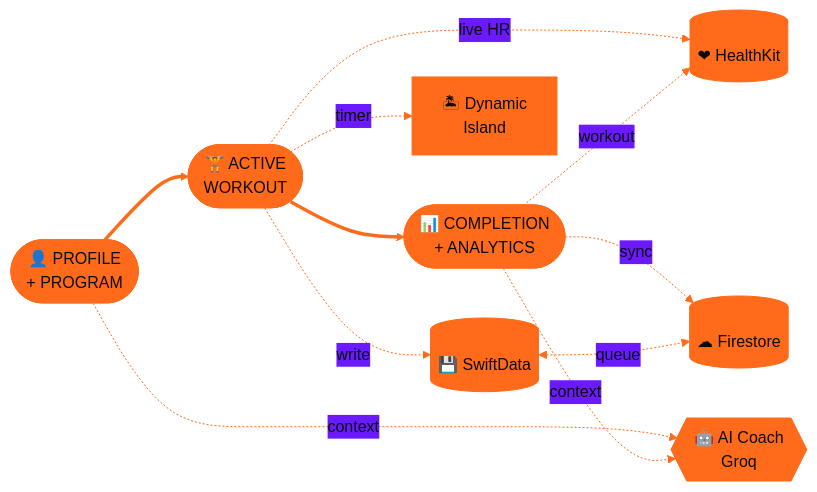
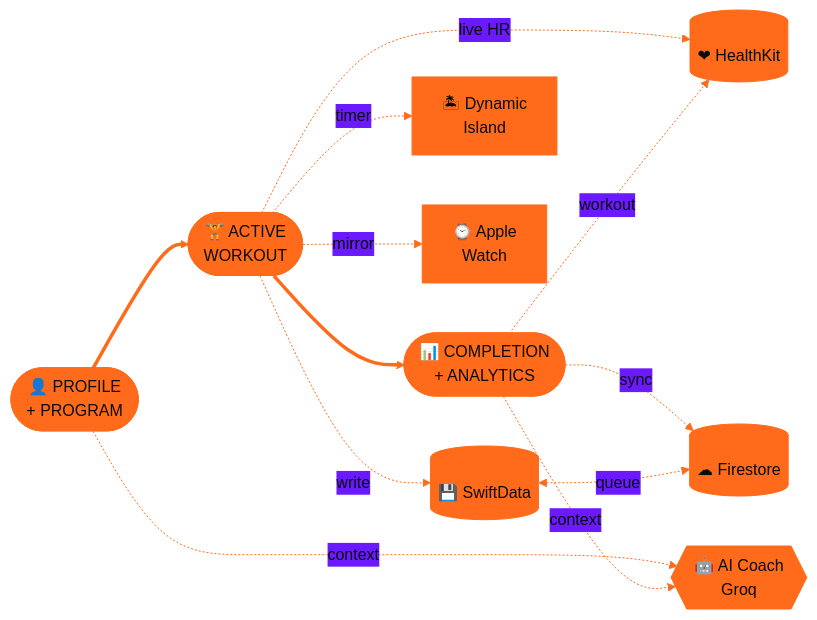
Before and after one commit to shurinbergo3/GymTracker: the diagram in README.md, drawn with Mermaid. The commit also changed other lines of this file and 22 other files, not shown here.

````diff
--- a/README.md
+++ b/README.md
@@ -126,17 +129,18 @@
 ```mermaid
 %%{init: {'theme':'base', 'themeVariables': { 'primaryColor': '#ff6b1a', 'primaryTextColor': '#0a0a0a', 'primaryBorderColor':'#ff6b1a', 'lineColor':'#ff6b1a', 'fontFamily':'monospace'}}}%%
 flowchart LR
     A([👤 PROFILE<br/>+ PROGRAM]) ==> B([🏋 ACTIVE<br/>WORKOUT])
     B ==> C([📊 COMPLETION<br/>+ ANALYTICS])
 
     B -.live HR.-> H[(❤ HealthKit)]
     B -.timer.-> L[🏝 Dynamic<br/>Island]
+    B -.mirror.-> W[⌚ Apple<br/>Watch]
     B -.write.-> S[(💾 SwiftData)]
 
     C -.workout.-> H
     C -.sync.-> F[(☁ Firestore)]
     S <-.queue.-> F
 
     A -.context.-> AI{{🤖 AI Coach<br/>Groq}}
     C -.context.-> AI
 ```
````
